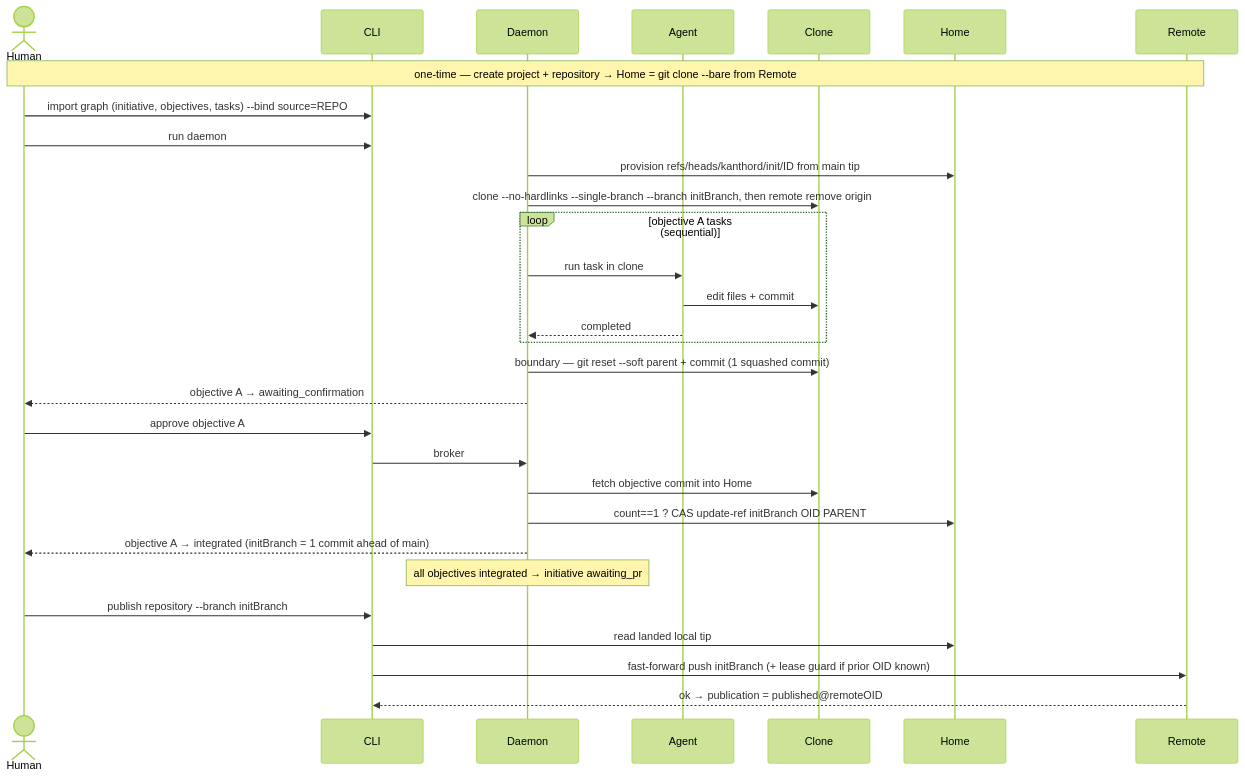
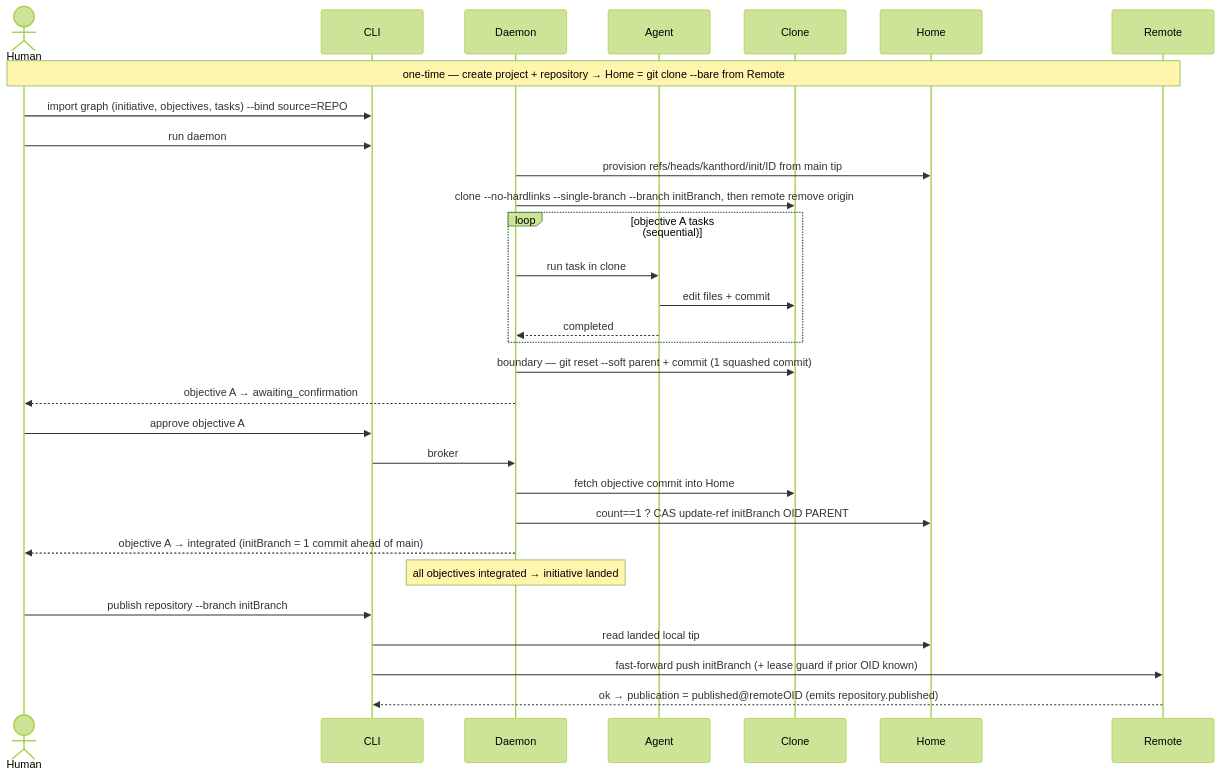
One commit to kanthorlabs/kanthord changed the seventh of 11 diagrams in docs/git-workflow.md. Above: the diagram before and after it, drawn with Mermaid (forest theme). The commit also changed other lines of this file and 5 other files, not shown here.

````diff
--- a/docs/git-workflow.md
+++ b/docs/git-workflow.md
@@ -186,33 +191,33 @@
 ```mermaid
 sequenceDiagram
     actor H as Human
     participant CLI
     participant D as Daemon
     participant A as Agent
     participant C as Clone
     participant Home as Home
     participant Rem as Remote
 
     Note over H,Rem: one-time — create project + repository → Home = git clone --bare from Remote
     H->>CLI: import graph (initiative, objectives, tasks) --bind source=REPO
     H->>CLI: run daemon
     D->>Home: provision refs/heads/kanthord/init/ID from main tip
     D->>C: clone --no-hardlinks --single-branch --branch initBranch, then remote remove origin
     loop objective A tasks (sequential)
         D->>A: run task in clone
         A->>C: edit files + commit
         A-->>D: completed
     end
     D->>C: boundary — git reset --soft parent + commit (1 squashed commit)
     D-->>H: objective A → awaiting_confirmation
     H->>CLI: approve objective A
     CLI->>D: broker
     D->>C: fetch objective commit into Home
     D->>Home: count==1 ? CAS update-ref initBranch OID PARENT
     D-->>H: objective A → integrated (initBranch = 1 commit ahead of main)
-    Note over D: all objectives integrated → initiative awaiting_pr
+    Note over D: all objectives integrated → initiative landed
     H->>CLI: publish repository --branch initBranch
     CLI->>Home: read landed local tip
     CLI->>Rem: fast-forward push initBranch (+ lease guard if prior OID known)
-    Rem-->>CLI: ok → publication = published@remoteOID
+    Rem-->>CLI: ok → publication = published@remoteOID (emits repository.published)
 ```
````
